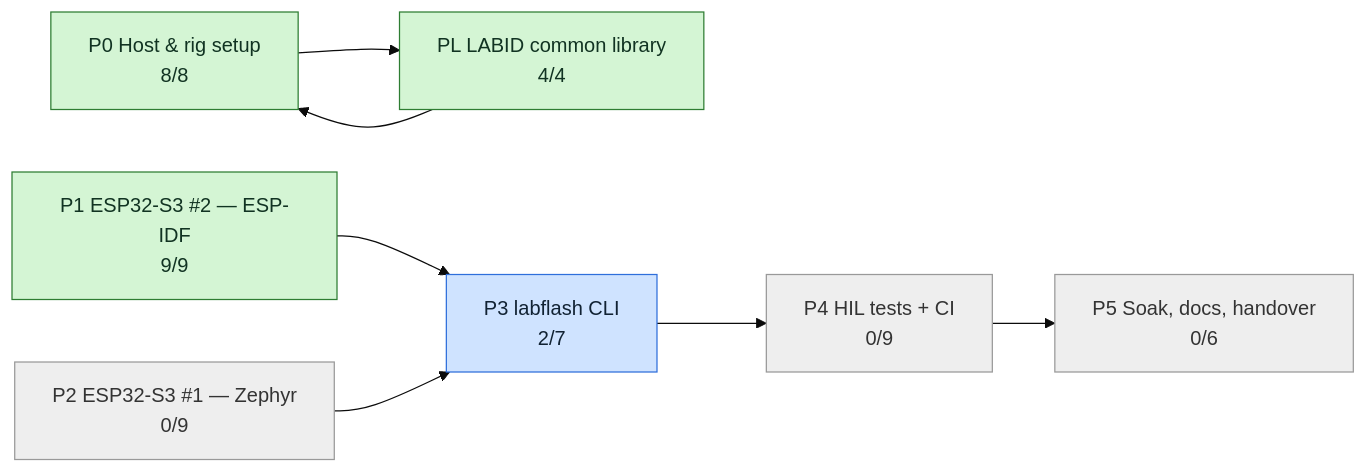
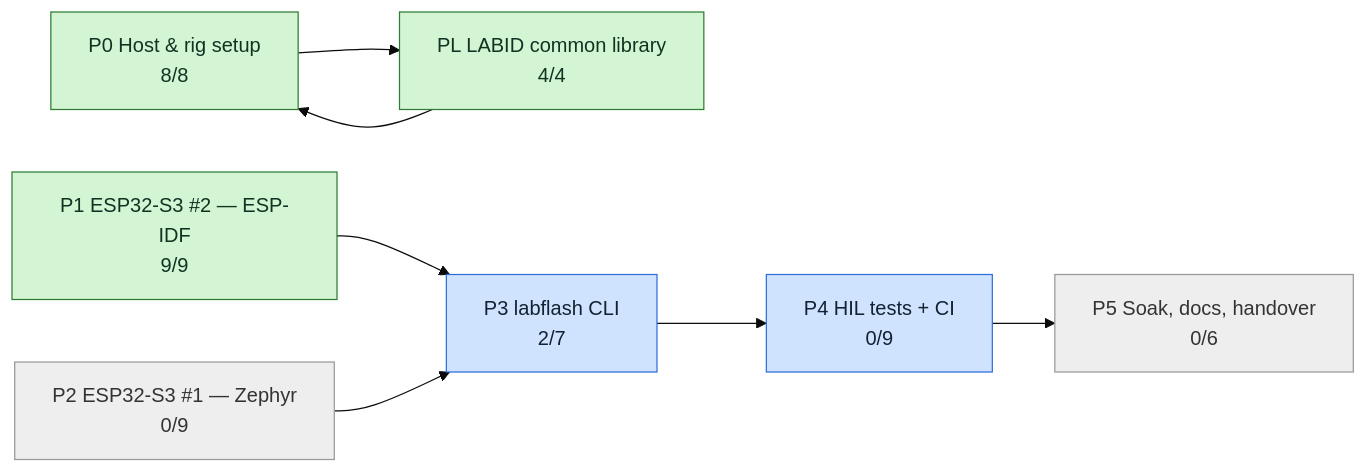
The second of 3 diagrams in tickets/TICKETS.md (mohamed-soubhi/bootlab-esp), drawn with Mermaid (base theme) before and after one commit. The commit also changed other lines of this file and 9 other files, not shown here.

````diff
--- a/tickets/TICKETS.md
+++ b/tickets/TICKETS.md
@@ -35,20 +35,20 @@
 ```mermaid
 flowchart LR
     E0["P0 Host & rig setup<br/>8/8"]:::done
     EL["PL LABID common library<br/>4/4"]:::done
     E1["P1 ESP32-S3 #2 — ESP-IDF<br/>9/9"]:::done
     E2["P2 ESP32-S3 #1 — Zephyr<br/>0/9"]:::todo
     E3["P3 labflash CLI<br/>2/7"]:::doing
-    E4["P4 HIL tests + CI<br/>0/9"]:::todo
+    E4["P4 HIL tests + CI<br/>0/9"]:::doing
     E5["P5 Soak, docs, handover<br/>0/6"]:::todo
     E0 --> EL
     E1 --> E3
     E2 --> E3
     E3 --> E4
     E4 --> E5
     EL --> E0
     classDef todo fill:#eeeeee,stroke:#999,color:#333
     classDef doing fill:#cfe3ff,stroke:#2f6fdb,color:#123
     classDef blocked fill:#ffd6d6,stroke:#c62828,color:#400
     classDef done fill:#d4f5d4,stroke:#2e7d32,color:#132
 ```
````
